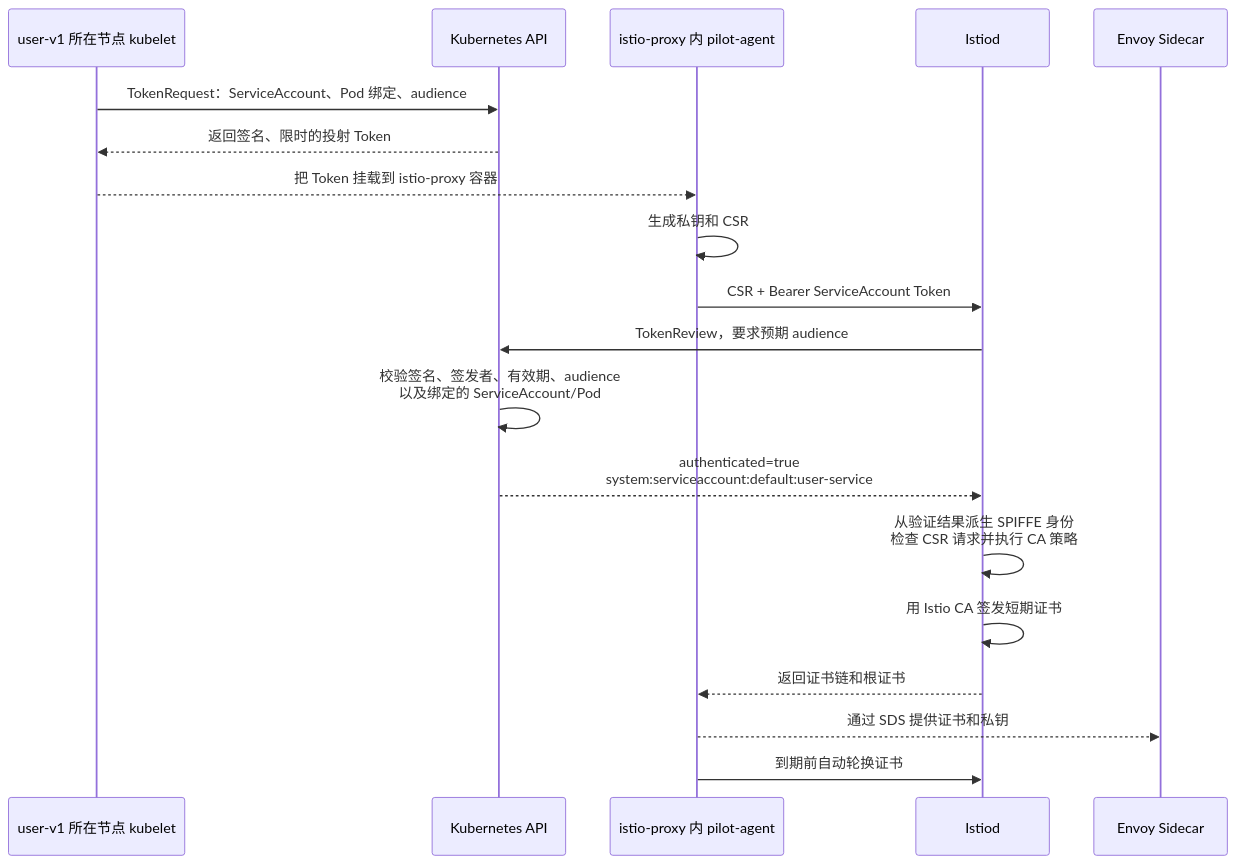
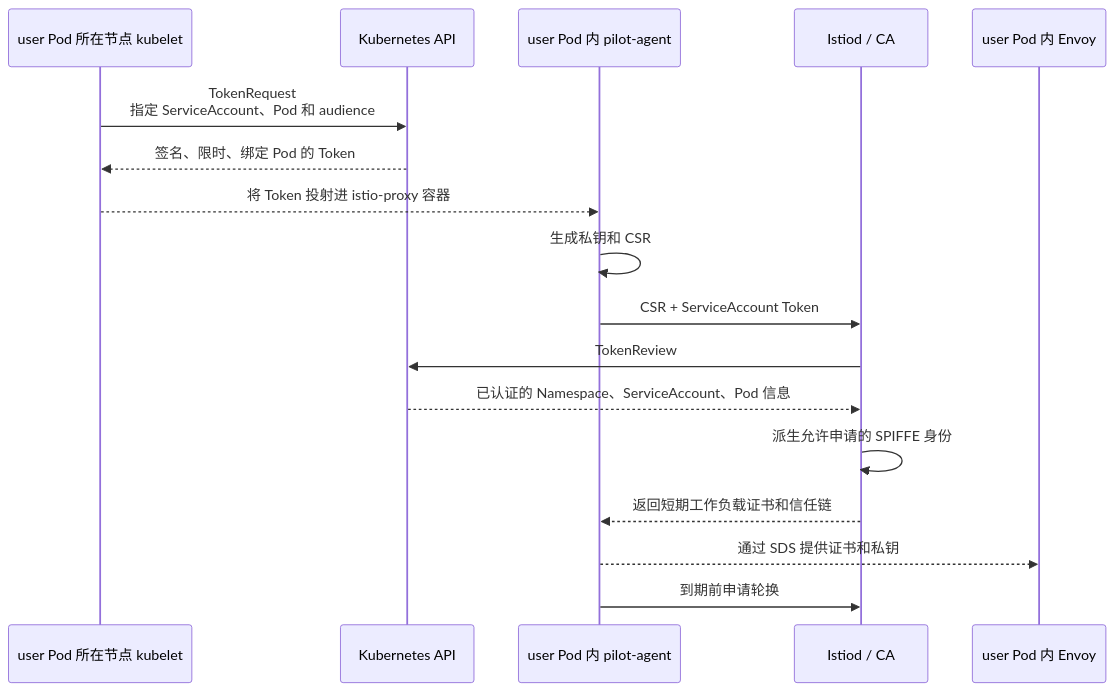
Before and after one commit to hotttao/backup: the second of 6 diagrams in posts/microservices/gateway/014_istio_security.md, drawn with Mermaid. The commit also changed other lines of this file and 1 other file, not shown here.

Commit message:
istio 安全和 trace

````diff
--- a/posts/microservices/gateway/014_istio_security.md
+++ b/posts/microservices/gateway/014_istio_security.md
@@ -126,22 +170,20 @@
 ```mermaid
 sequenceDiagram
-    participant L as user-v1 所在节点 kubelet
-    participant K as Kubernetes API
-    participant A as istio-proxy 内 pilot-agent
-    participant I as Istiod
-    participant E as Envoy Sidecar
+    participant Kubelet as user Pod 所在节点 kubelet
+    participant API as Kubernetes API
+    participant Agent as user Pod 内 pilot-agent
+    participant Istiod as Istiod / CA
+    participant Envoy as user Pod 内 Envoy
 
-    L->>K: TokenRequest：ServiceAccount、Pod 绑定、audience
-    K-->>L: 返回签名、限时的投射 Token
-    L-->>A: 把 Token 挂载到 istio-proxy 容器
-    A->>A: 生成私钥和 CSR
-    A->>I: CSR + Bearer ServiceAccount Token
-    I->>K: TokenReview，要求预期 audience
-    K->>K: 校验签名、签发者、有效期、audience<br/>以及绑定的 ServiceAccount/Pod
-    K-->>I: authenticated=true<br/>system:serviceaccount:default:user-service
-    I->>I: 从验证结果派生 SPIFFE 身份<br/>检查 CSR 请求并执行 CA 策略
-    I->>I: 用 Istio CA 签发短期证书
-    I-->>A: 返回证书链和根证书
-    A-->>E: 通过 SDS 提供证书和私钥
-    A->>I: 到期前自动轮换证书
+    Kubelet->>API: TokenRequest<br/>指定 ServiceAccount、Pod 和 audience
+    API-->>Kubelet: 签名、限时、绑定 Pod 的 Token
+    Kubelet-->>Agent: 将 Token 投射进 istio-proxy 容器
+    Agent->>Agent: 生成私钥和 CSR
+    Agent->>Istiod: CSR + ServiceAccount Token
+    Istiod->>API: TokenReview
+    API-->>Istiod: 已认证的 Namespace、ServiceAccount、Pod 信息
+    Istiod->>Istiod: 派生允许申请的 SPIFFE 身份
+    Istiod-->>Agent: 返回短期工作负载证书和信任链
+    Agent-->>Envoy: 通过 SDS 提供证书和私钥
+    Agent->>Istiod: 到期前申请轮换
 ```
````
